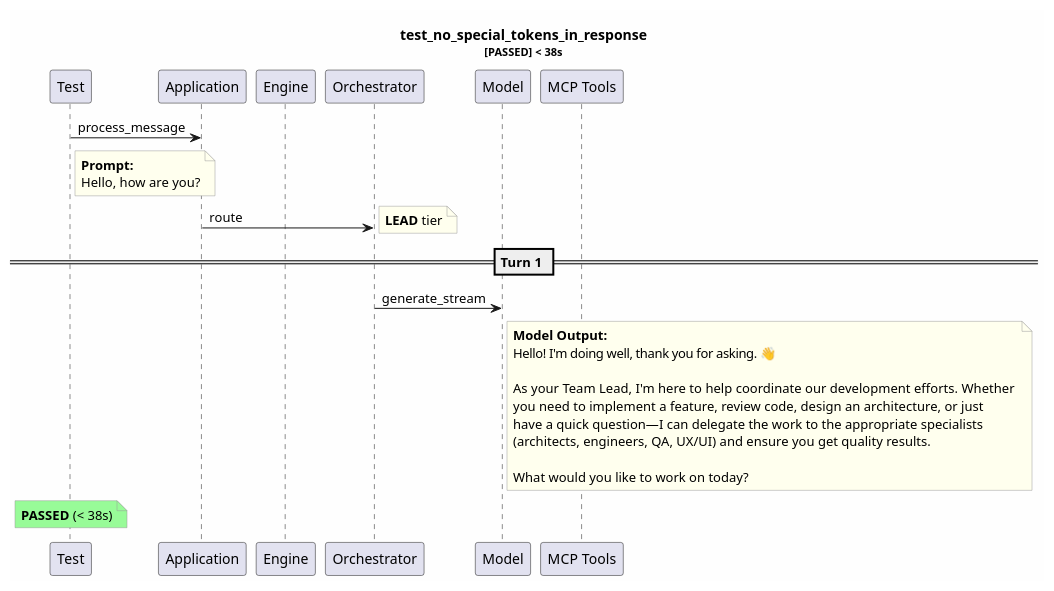
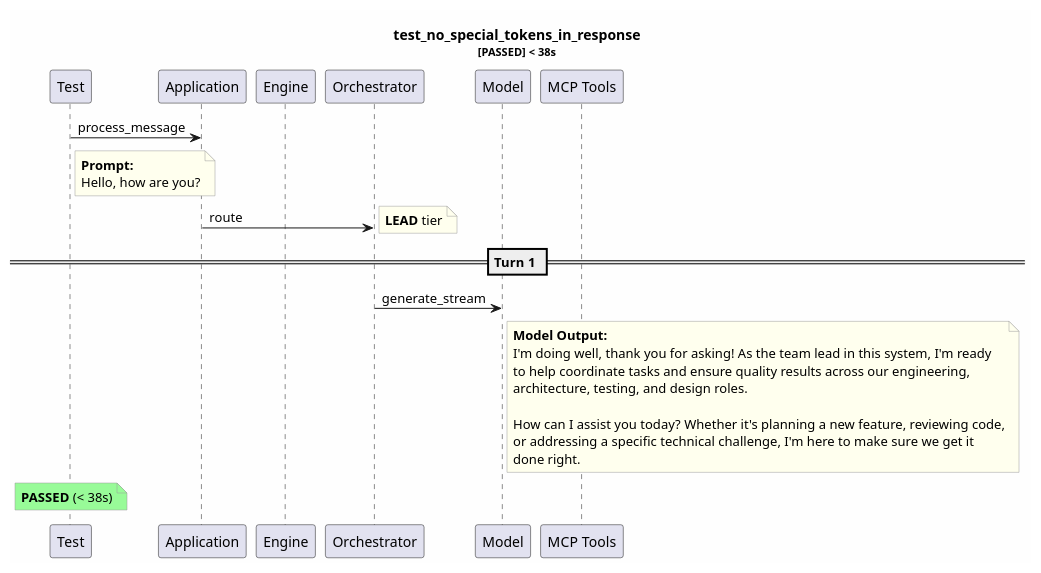
One commit to tvanfossen/entropic changed the diagram in test-reports/logs/test_no_special_tokens_in_response/test_no_special_tokens_in_response.puml. Above: the diagram before and after it, drawn with PlantUML. The commit also changed 38 other files, not shown here.

```diff
--- a/test-reports/logs/test_no_special_tokens_in_response/test_no_special_tokens_in_response.puml
+++ b/test-reports/logs/test_no_special_tokens_in_response/test_no_special_tokens_in_response.puml
@@ -1,38 +1,37 @@
 @startuml
 skinparam backgroundColor #FEFEFE
 skinparam noteBorderColor #999999
 skinparam noteBackgroundColor #FFFFEE
 title test_no_special_tokens_in_response\n<size:11>[PASSED] < 38s</size>
 
 participant "Test" as T
 participant "Application" as App
 participant "Engine" as Eng
 participant "Orchestrator" as Orch
 participant "Model" as Mdl
 participant "MCP Tools" as MCP
 
 T -> App: process_message
 note right of T
   **Prompt:**
   Hello, how are you?
 end note
 App -> Orch: route
 note right: **LEAD** tier
 == Turn 1 ==
 Orch -> Mdl: generate_stream
 note right of Mdl
   **Model Output:**
-  Hello! I'm doing well, thank you for asking. 👋
+  I'm doing well, thank you for asking! As the team lead in this system, I'm ready
+  to help coordinate tasks and ensure quality results across our engineering, 
+  architecture, testing, and design roles.
   
-  As your Team Lead, I'm here to help coordinate our development efforts. Whether 
-  you need to implement a feature, review code, design an architecture, or just 
-  have a quick question—I can delegate the work to the appropriate specialists 
-  (architects, engineers, QA, UX/UI) and ensure you get quality results.
-  
-  What would you like to work on today?
+  How can I assist you today? Whether it's planning a new feature, reviewing code,
+  or addressing a specific technical challenge, I'm here to make sure we get it 
+  done right.
 end note
 note over T #palegreen
   **PASSED** (< 38s)
 end note
 
 @enduml
```
